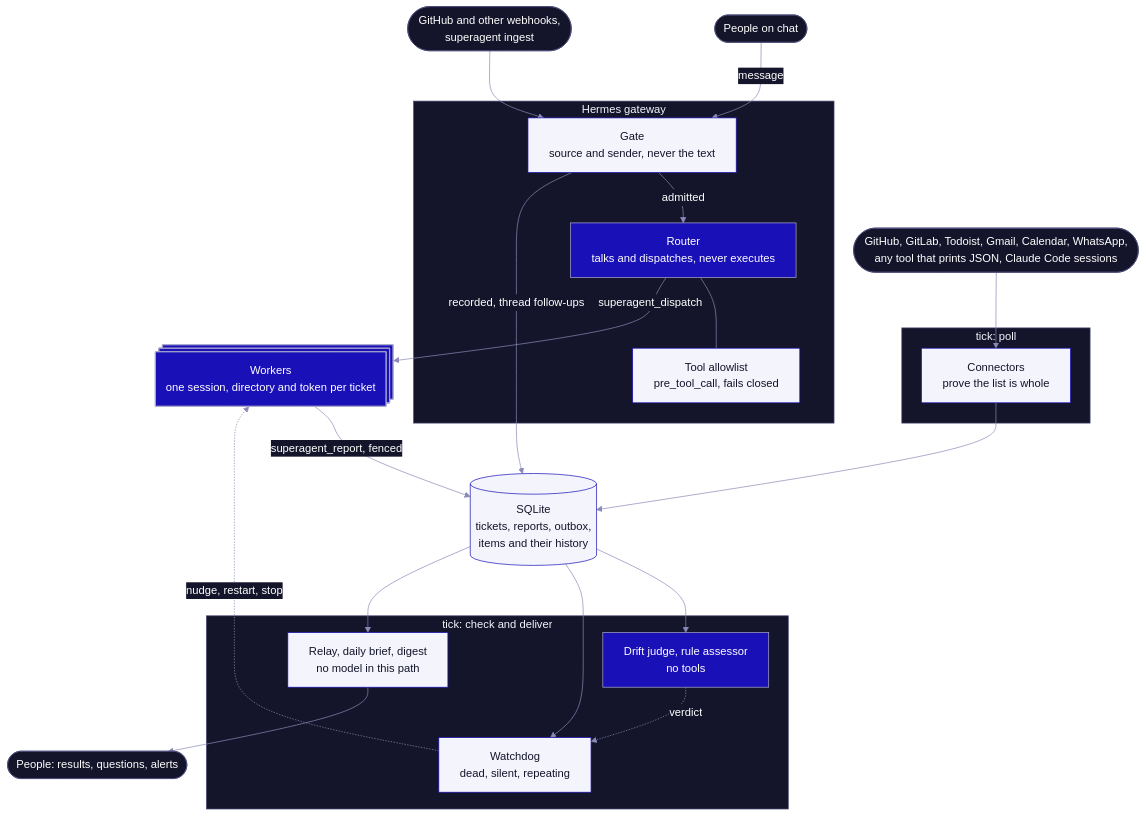
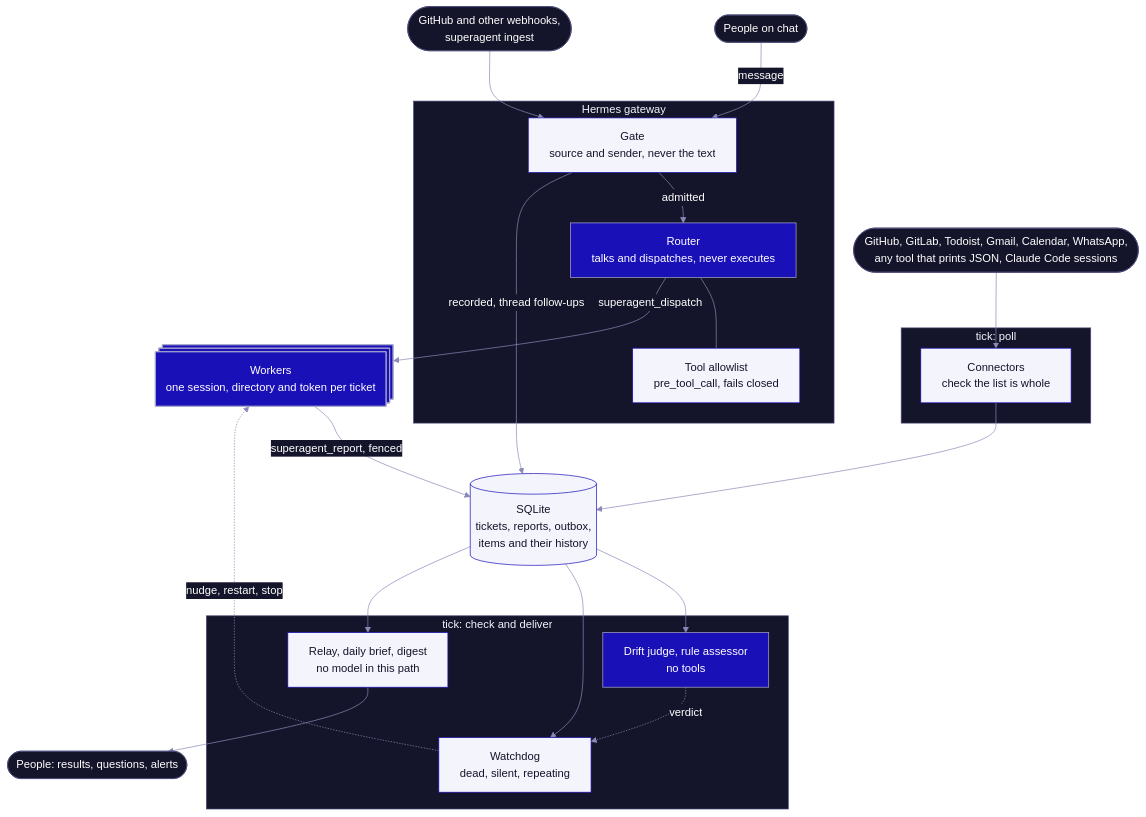
Before and after one commit to AirKyzzZ/hermes-superagent: the diagram in docs/architecture.md, drawn with Mermaid. The commit also changed other lines of this file and 13 other files, not shown here.

````diff
--- a/docs/architecture.md
+++ b/docs/architecture.md
@@ -5,51 +5,51 @@
 ```mermaid
 flowchart TB
     people(["People on chat"])
     events(["GitHub and other webhooks,<br/>superagent ingest"])
     sources(["GitHub, GitLab, Todoist, Gmail, Calendar, WhatsApp,<br/>any tool that prints JSON, Claude Code sessions"])
 
     subgraph gateway["Hermes gateway"]
         gate["Gate<br/>source and sender, never the text"]
         router["Router<br/>talks and dispatches, never executes"]
         allowlist["Tool allowlist<br/>pre_tool_call, fails closed"]
     end
 
     subgraph poll["tick: poll"]
-        connectors["Connectors<br/>prove the list is whole"]
+        connectors["Connectors<br/>check the list is whole"]
     end
 
     workers@{ shape: procs, label: "Workers<br/>one session, directory and token per ticket" }
     store[("SQLite<br/>tickets, reports, outbox,<br/>items and their history")]
 
     subgraph check["tick: check and deliver"]
         judges["Drift judge, rule assessor<br/>no tools"]
         watchdog["Watchdog<br/>dead, silent, repeating"]
         relay["Relay, daily brief, digest<br/>no model in this path"]
     end
 
     out(["People: results, questions, alerts"])
 
     people -->|message| gate
     events --> gate
     gate -->|admitted| router
     router --- allowlist
     router -->|superagent_dispatch| workers
     gate -->|"recorded, thread follow-ups"| store
     workers -->|"superagent_report, fenced"| store
     sources --> connectors
     connectors --> store
     store --> judges
     store --> watchdog
     store --> relay
     judges -.->|verdict| watchdog
     watchdog -.->|"nudge, restart, stop"| workers
     relay --> out
 
     classDef model fill:#1a10b8,color:#ffffff,stroke:#a9a9cc
     classDef code fill:#f4f4fd,color:#14142a,stroke:#1a10b8
     classDef outside fill:#14142a,color:#ffffff,stroke:#4a4a78
     class router,workers,judges model
     class gate,allowlist,connectors,watchdog,relay,store code
     class people,events,sources,out outside
 %%{init: {"theme":"base","layout":"dagre","flowchart":{"wrappingWidth":420,"nodeSpacing":36,"rankSpacing":48},"themeVariables":{"primaryColor":"#1a10b8","primaryTextColor":"#ffffff","primaryBorderColor":"#a9a9cc","lineColor":"#8a8ab8","textColor":"#ffffff","clusterBkg":"#14142a","clusterBorder":"#4a4a78","titleColor":"#f4f4fd","edgeLabelBackground":"#14142a"}}}%%
 ```
````
